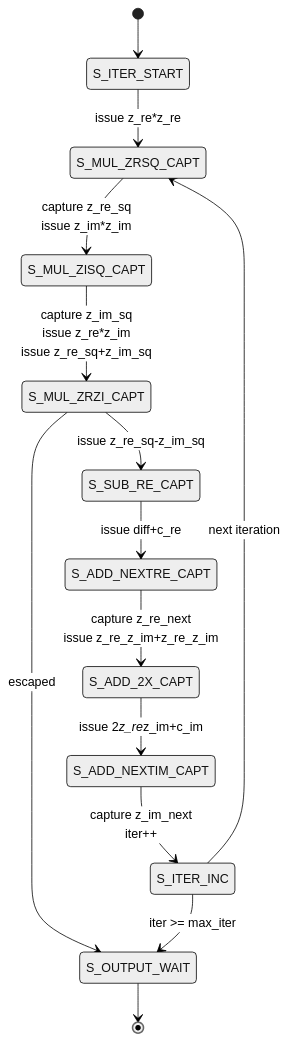
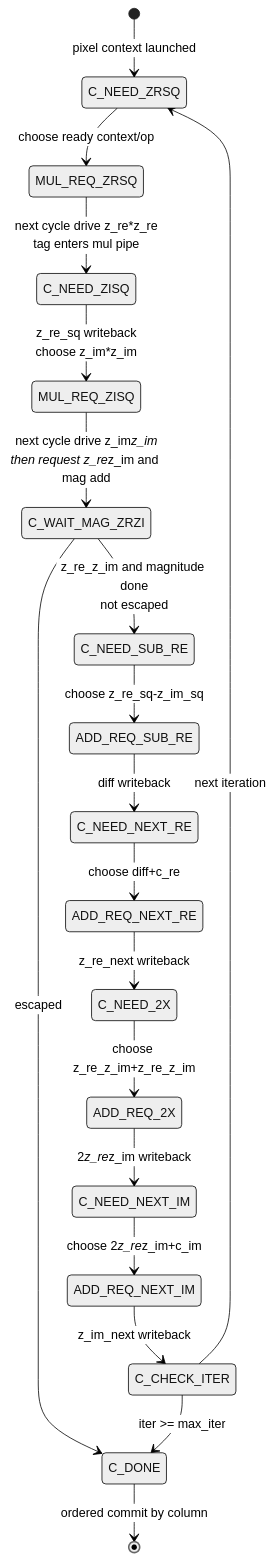
Before and after one commit to RESBI/FPGA-Mandelbrot-Demo: the third of 4 diagrams in README.md, drawn with Mermaid (neutral theme). The commit also changed other lines of this file and 27 other files, not shown here.

````diff
--- a/README.md
+++ b/README.md
@@ -189,16 +191,21 @@
 ```mermaid
 stateDiagram-v2
-    [*] --> S_ITER_START
-    S_ITER_START --> S_MUL_ZRSQ_CAPT: issue z_re*z_re
-    S_MUL_ZRSQ_CAPT --> S_MUL_ZISQ_CAPT: capture z_re_sq<br/>issue z_im*z_im
-    S_MUL_ZISQ_CAPT --> S_MUL_ZRZI_CAPT: capture z_im_sq<br/>issue z_re*z_im<br/>issue z_re_sq+z_im_sq
-    S_MUL_ZRZI_CAPT --> S_OUTPUT_WAIT: escaped
-    S_MUL_ZRZI_CAPT --> S_SUB_RE_CAPT: issue z_re_sq-z_im_sq
-    S_SUB_RE_CAPT --> S_ADD_NEXTRE_CAPT: issue diff+c_re
-    S_ADD_NEXTRE_CAPT --> S_ADD_2X_CAPT: capture z_re_next<br/>issue z_re_z_im+z_re_z_im
-    S_ADD_2X_CAPT --> S_ADD_NEXTIM_CAPT: issue 2*z_re*z_im+c_im
-    S_ADD_NEXTIM_CAPT --> S_ITER_INC: capture z_im_next<br/>iter++
-    S_ITER_INC --> S_OUTPUT_WAIT: iter >= max_iter
-    S_ITER_INC --> S_MUL_ZRSQ_CAPT: next iteration
-    S_OUTPUT_WAIT --> [*]
+    [*] --> C_NEED_ZRSQ: pixel context launched
+    C_NEED_ZRSQ --> MUL_REQ_ZRSQ: choose ready context/op
+    MUL_REQ_ZRSQ --> C_NEED_ZISQ: next cycle drive z_re*z_re<br/>tag enters mul pipe
+    C_NEED_ZISQ --> MUL_REQ_ZISQ: z_re_sq writeback<br/>choose z_im*z_im
+    MUL_REQ_ZISQ --> C_WAIT_MAG_ZRZI: next cycle drive z_im*z_im<br/>then request z_re*z_im and mag add
+    C_WAIT_MAG_ZRZI --> C_NEED_SUB_RE: z_re_z_im and magnitude done<br/>not escaped
+    C_WAIT_MAG_ZRZI --> C_DONE: escaped
+    C_NEED_SUB_RE --> ADD_REQ_SUB_RE: choose z_re_sq-z_im_sq
+    ADD_REQ_SUB_RE --> C_NEED_NEXT_RE: diff writeback
+    C_NEED_NEXT_RE --> ADD_REQ_NEXT_RE: choose diff+c_re
+    ADD_REQ_NEXT_RE --> C_NEED_2X: z_re_next writeback
+    C_NEED_2X --> ADD_REQ_2X: choose z_re_z_im+z_re_z_im
+    ADD_REQ_2X --> C_NEED_NEXT_IM: 2*z_re*z_im writeback
+    C_NEED_NEXT_IM --> ADD_REQ_NEXT_IM: choose 2*z_re*z_im+c_im
+    ADD_REQ_NEXT_IM --> C_CHECK_ITER: z_im_next writeback
+    C_CHECK_ITER --> C_DONE: iter >= max_iter
+    C_CHECK_ITER --> C_NEED_ZRSQ: next iteration
+    C_DONE --> [*]: ordered commit by column
 ```
````
